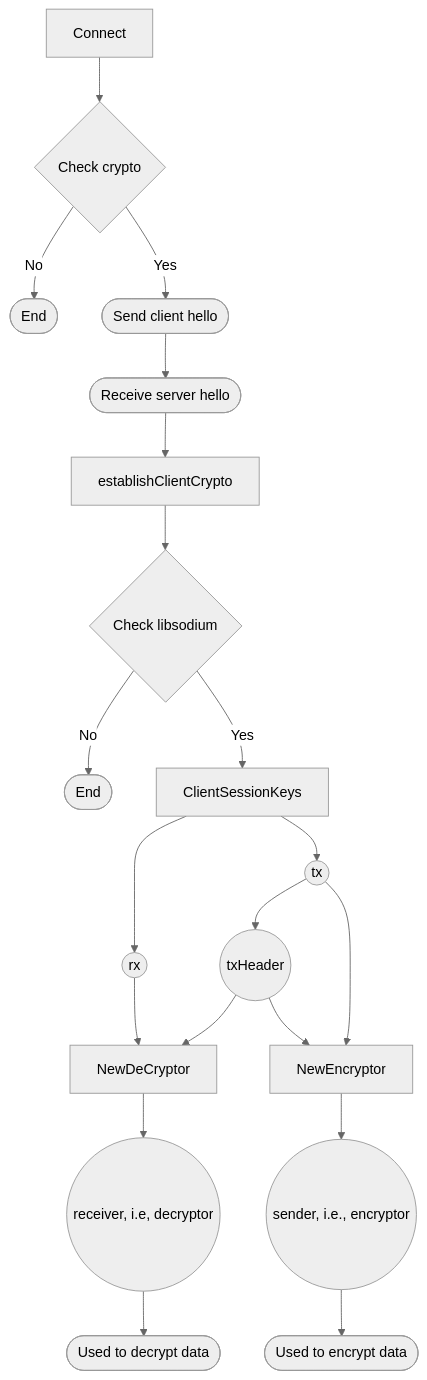
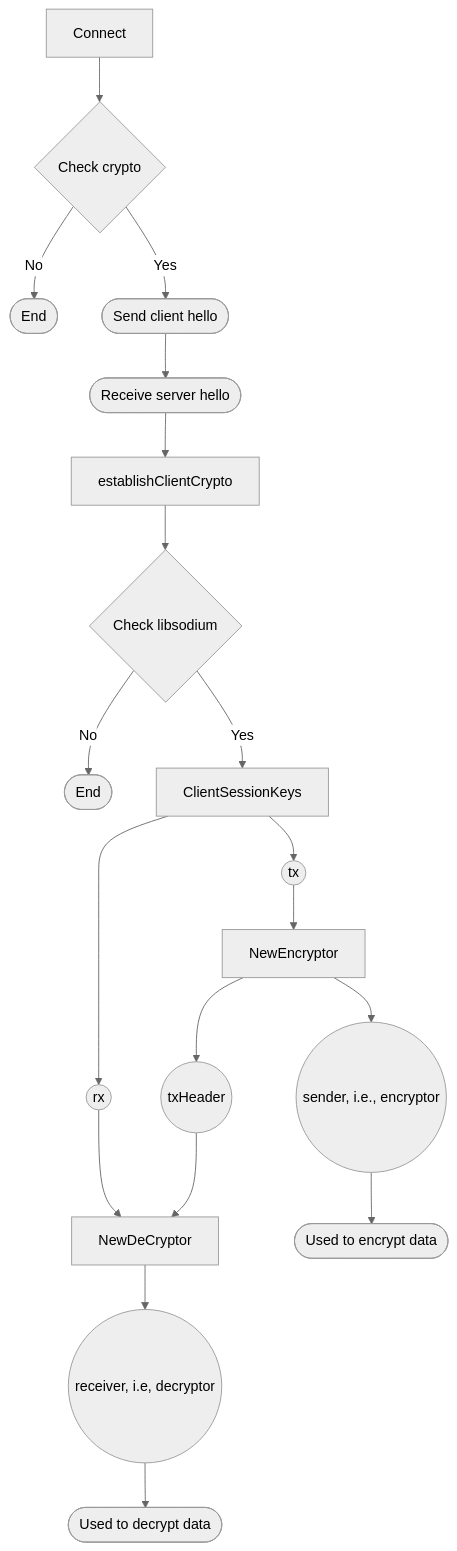
Before and after one commit to Alonza0314/SSL-TLS-OpenZiti-Encryption-Study: the diagram in ziti/README.md, drawn with Mermaid (neutral theme). The commit also changed 6 other files, not shown here.

````diff
--- a/ziti/README.md
+++ b/ziti/README.md
@@ -9,41 +9,40 @@
 ```mermaid
     graph TD
         A[Connect]
         B{Check crypto}
         C([End])
         D([Send client hello])
         E([Receive server hello])
         F[establishClientCrypto]
         G{Check libsodium}
         H([End])
         I[ClientSessionKeys]
         J((rx))
         K((tx))
         L[NewDeCryptor]
         M[NewEncryptor]
         N((txHeader))
         O((sender, i.e., encryptor))
         P([Used to encrypt data])
         Q((receiver, i.e, decryptor))
         R([Used to decrypt data])
 
         A --> B
         B -- No --> C
         B -- Yes --> D
         D --> E
         E --> F
         F --> G
         G -- No --> H
         G -- Yes --> I
         I --> J
         I --> K
         J --> L
-        K --> N
+        M --> N
         K --> M
         N --> L
-        N --> M
         M --> O
         O --> P
         L --> Q
         Q --> R
 ```
````
